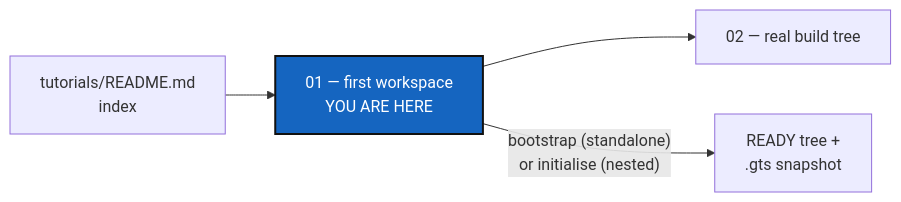
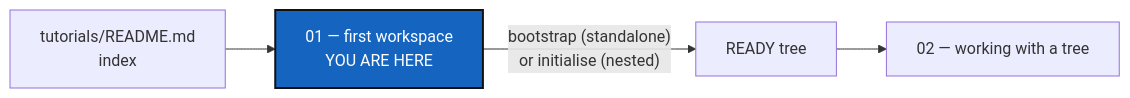
One commit to flipoyo/ComplexGitSync changed the diagram in tutorials/01_first_multi_repo_workspace.md. Above: the diagram before and after it, drawn with Mermaid. The commit also changed other lines of this file and 17 other files, not shown here.

Commit message:
cgitsync4.2.2 Tutorial 1 now only installs the sample tree, standalone or nested, and a new tutorial 2 shows the everyday commands on a ready tree, a release, and going back to it from its saved state; the other tutorials move to 3 to 6.

````diff
--- a/tutorials/01_first_multi_repo_workspace.md
+++ b/tutorials/01_first_multi_repo_workspace.md
@@ -34,9 +23,9 @@
 ```mermaid
 graph LR
     IDX["tutorials/README.md<br/>index"] --> T1["01 — first workspace<br/>YOU ARE HERE"]
-    T1 --> T2["02 — real build tree"]
-    T1 -->|"bootstrap (standalone)<br/>or initialise (nested)"| READY["READY tree +<br/>.gts snapshot"]
+    T1 -->|"bootstrap (standalone)<br/>or initialise (nested)"| READY["READY tree"]
+    READY --> T2["02 — working with a tree"]
 
     classDef here fill:#1565C0,color:#fff,stroke:#111,stroke-width:2px;
     class T1 here;
 ```
````
